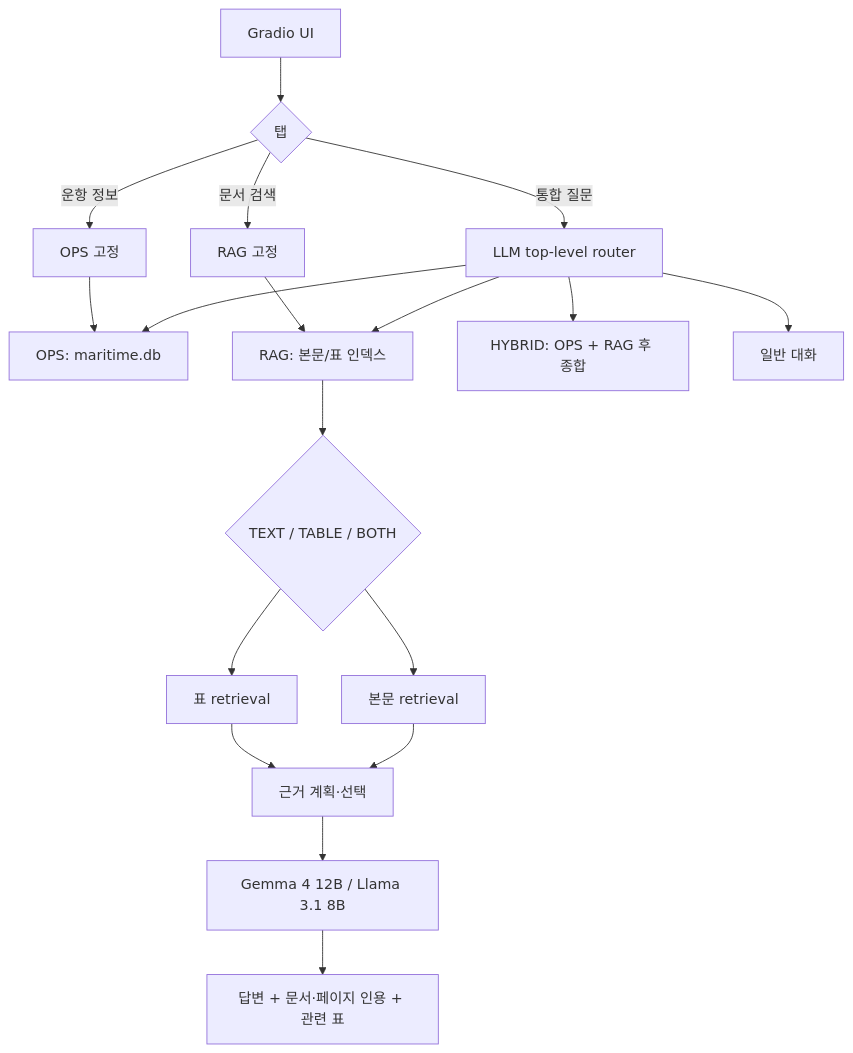
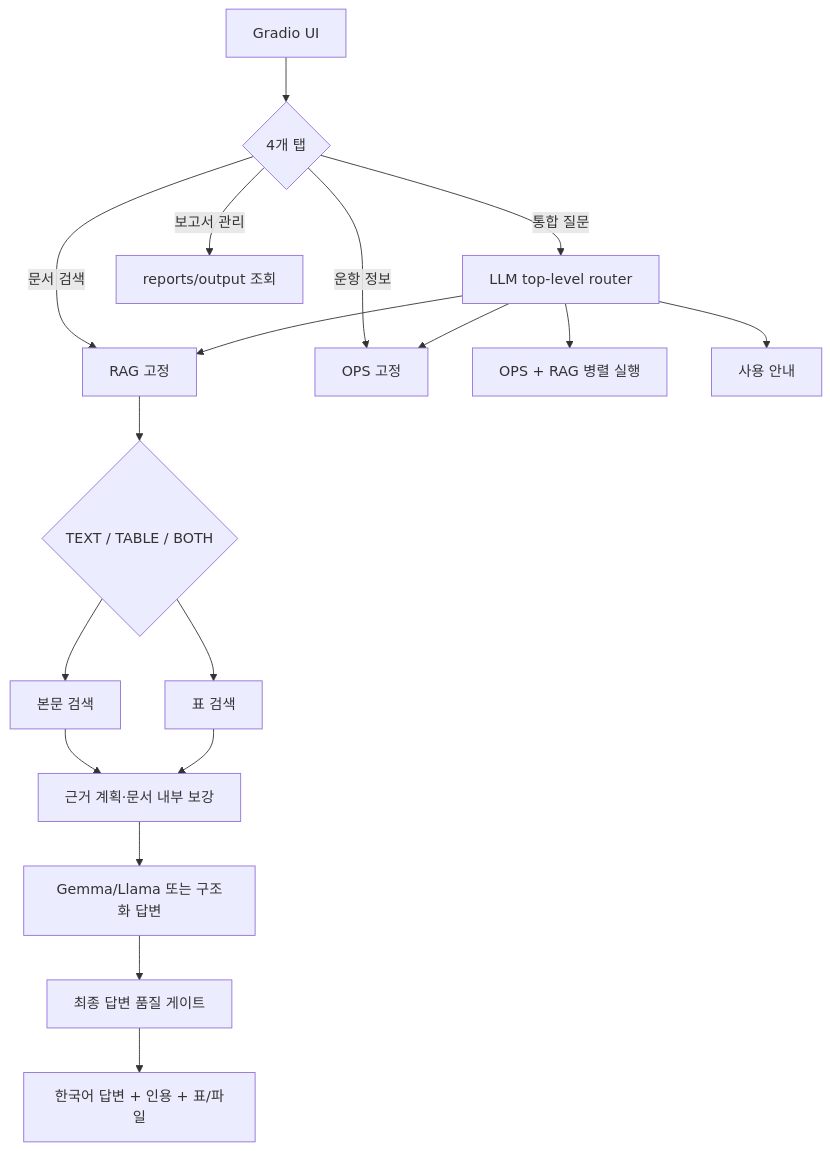
One commit to yoonmojeon/20260805 changed the diagram in docs/ARCHITECTURE.md. Above: the diagram before and after it, drawn with Mermaid. The commit also changed other lines of this file and 37 other files, not shown here.

````diff
--- a/docs/ARCHITECTURE.md
+++ b/docs/ARCHITECTURE.md
@@ -7,20 +7,20 @@
 ```mermaid
 flowchart TD
-    UI["Gradio UI"] --> T{탭}
-    T -->|통합 질문| R["LLM top-level router"]
-    T -->|문서 검색| DR["RAG 고정"]
-    T -->|운항 정보| OR["OPS 고정"]
-    R --> OPS["OPS: maritime.db"]
-    R --> RAG["RAG: 본문/표 인덱스"]
-    R --> HY["HYBRID: OPS + RAG 후 종합"]
-    R --> CHAT["일반 대화"]
-    DR --> RAG
-    OR --> OPS
+    UI["Gradio UI"] --> TAB{"4개 탭"}
+    TAB -->|"통합 질문"| ROUTER["LLM top-level router"]
+    TAB -->|"문서 검색"| RAG["RAG 고정"]
+    TAB -->|"운항 정보"| OPS["OPS 고정"]
+    TAB -->|"보고서 관리"| REPORT["reports/output 조회"]
+    ROUTER --> OPS
+    ROUTER --> RAG
+    ROUTER --> HYBRID["OPS + RAG 병렬 실행"]
+    ROUTER --> CHAT["사용 안내"]
     RAG --> MODE{"TEXT / TABLE / BOTH"}
-    MODE --> TEXT["본문 retrieval"]
-    MODE --> TABLE["표 retrieval"]
-    TEXT --> EVID["근거 계획·선택"]
-    TABLE --> EVID
-    EVID --> LLM["Gemma 4 12B / Llama 3.1 8B"]
-    LLM --> OUT["답변 + 문서·페이지 인용 + 관련 표"]
+    MODE --> TEXT["본문 검색"]
+    MODE --> TABLE["표 검색"]
+    TEXT --> EVIDENCE["근거 계획·문서 내부 보강"]
+    TABLE --> EVIDENCE
+    EVIDENCE --> ANSWER["Gemma/Llama 또는 구조화 답변"]
+    ANSWER --> GUARD["최종 답변 품질 게이트"]
+    GUARD --> OUT["한국어 답변 + 인용 + 표/파일"]
 ```
````
